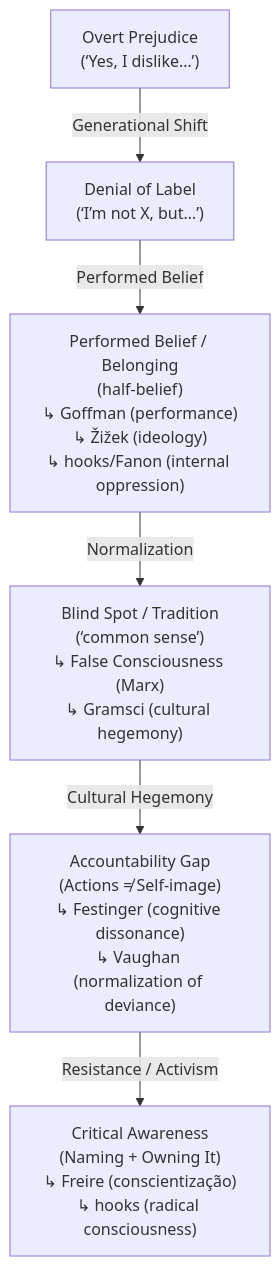
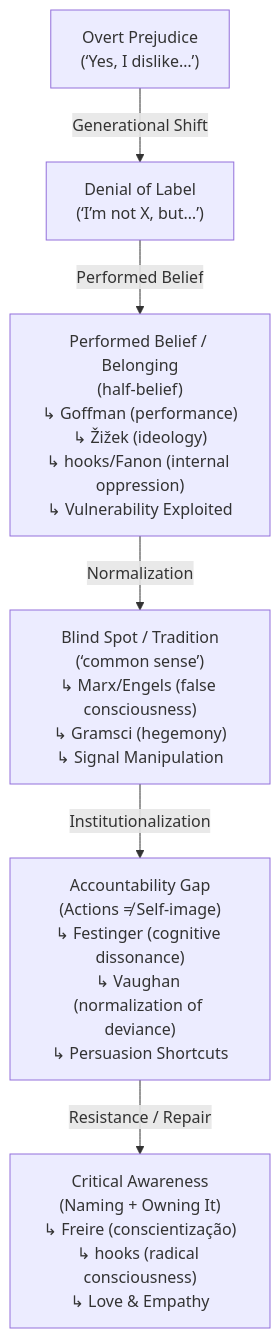
Before and after one commit to raelovejoy/root-sequence: the diagram in commons/zines/denial-loop.md, drawn with Mermaid. The commit also changed other lines of this file, not shown here.

````diff
--- a/commons/zines/denial-loop.md
+++ b/commons/zines/denial-loop.md
@@ -45,12 +49,12 @@
 ```mermaid
 flowchart TD
   A["Overt Prejudice<br/>(‘Yes, I dislike…’)"] -->|Generational Shift| B["Denial of Label<br/>(‘I’m not X, but…’)"]
 
-  B -->|Performed Belief| PB["Performed Belief / Belonging<br/>(half-belief)<br/>↳ Goffman (performance)<br/>↳ Žižek (ideology)<br/>↳ hooks/Fanon (internal oppression)"]
+  B -->|Performed Belief| PB["Performed Belief / Belonging<br/>(half-belief)<br/>↳ Goffman (performance)<br/>↳ Žižek (ideology)<br/>↳ hooks/Fanon (internal oppression)<br/>↳ Vulnerability Exploited"]
 
-  PB -->|Normalization| C["Blind Spot / Tradition<br/>(‘common sense’)<br/>↳ False Consciousness (Marx)<br/>↳ Gramsci (cultural hegemony)"]
+  PB -->|Normalization| C["Blind Spot / Tradition<br/>(‘common sense’)<br/>↳ Marx/Engels (false consciousness)<br/>↳ Gramsci (hegemony)<br/>↳ Signal Manipulation"]
 
-  C -->|Cultural Hegemony| D["Accountability Gap<br/>(Actions ≠ Self-image)<br/>↳ Festinger (cognitive dissonance)<br/>↳ Vaughan (normalization of deviance)"]
+  C -->|Institutionalization| D["Accountability Gap<br/>(Actions ≠ Self-image)<br/>↳ Festinger (cognitive dissonance)<br/>↳ Vaughan (normalization of deviance)<br/>↳ Persuasion Shortcuts"]
 
-  D -->|Resistance / Activism| E["Critical Awareness<br/>(Naming + Owning It)<br/>↳ Freire (conscientização)<br/>↳ hooks (radical consciousness)"]
+  D -->|Resistance / Repair| E["Critical Awareness<br/>(Naming + Owning It)<br/>↳ Freire (conscientização)<br/>↳ hooks (radical consciousness)<br/>↳ Love & Empathy"]
 ```
````
